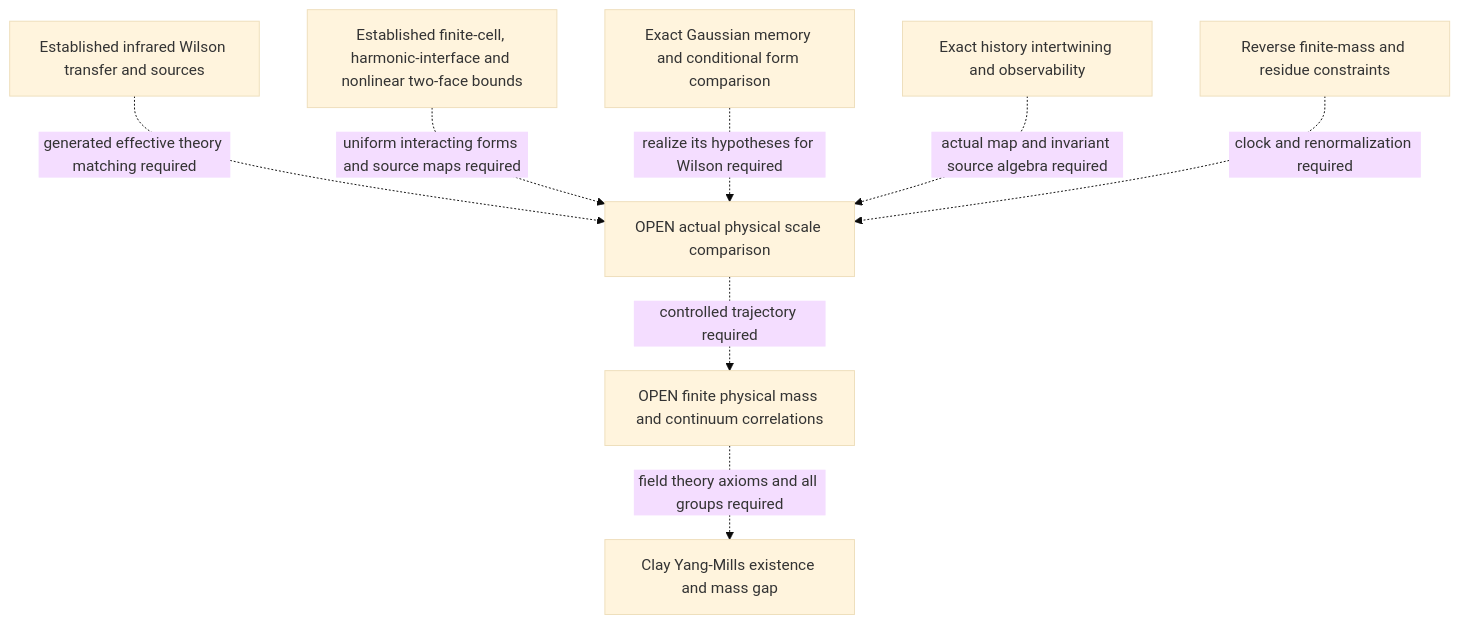
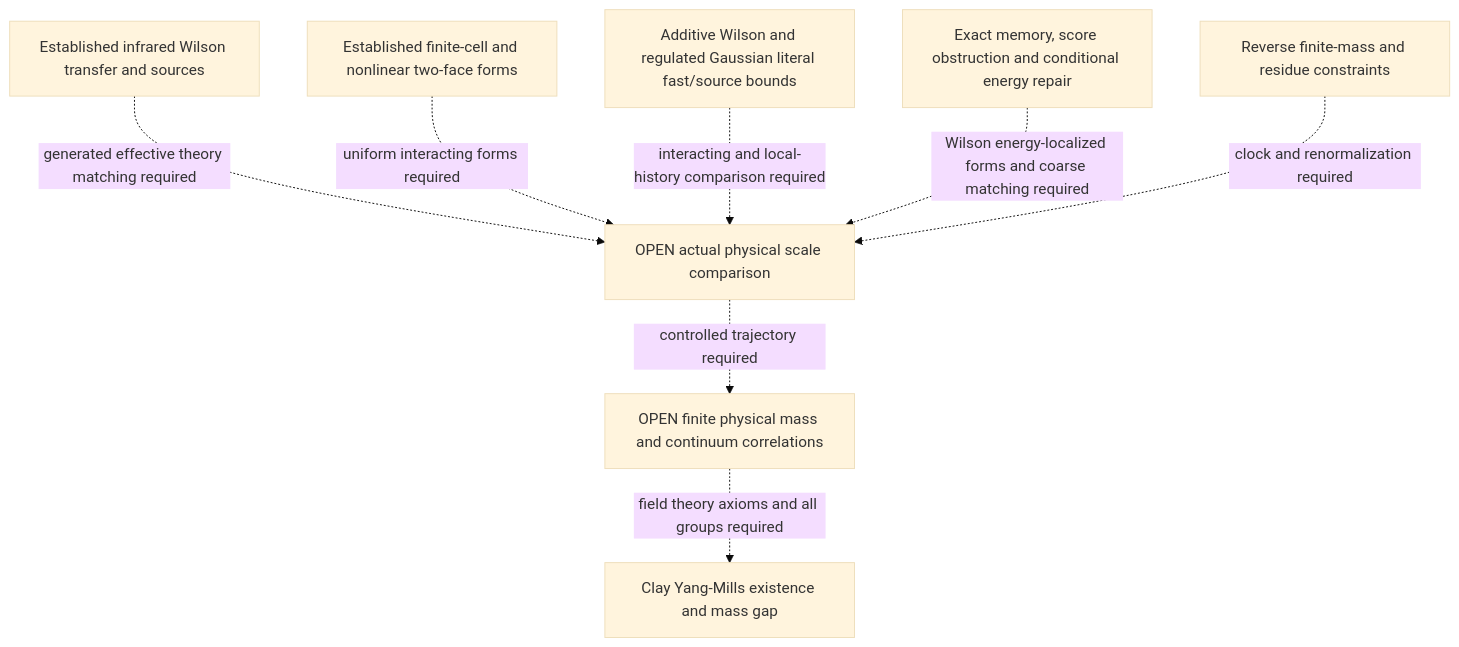
One commit to ats314/WORKHOUSE changed the diagram in docs/research_goal.md. Above: the diagram before and after it, drawn with Mermaid (base theme). The commit also changed other lines of this file and 125 other files, not shown here.

Commit message:
Prove literal quantum fast bounds and identify the true-ground score obstruction

````diff
--- a/docs/research_goal.md
+++ b/docs/research_goal.md
@@ -81,10 +97,10 @@
 ```mermaid
 flowchart TD
   IR[Established infrared Wilson transfer and sources] -. generated effective theory matching required .-> RG[OPEN actual physical scale comparison]
-  UV[Established finite-cell, harmonic-interface and nonlinear two-face bounds] -. uniform interacting forms and source maps required .-> RG
-  FM[Exact Gaussian memory and conditional form comparison] -. realize its hypotheses for Wilson required .-> RG
-  OS[Exact history intertwining and observability] -. actual map and invariant source algebra required .-> RG
+  UV[Established finite-cell and nonlinear two-face forms] -. uniform interacting forms required .-> RG
+  LS[Additive Wilson and regulated Gaussian literal fast/source bounds] -. interacting and local-history comparison required .-> RG
+  FM[Exact memory, score obstruction and conditional energy repair] -. Wilson energy-localized forms and coarse matching required .-> RG
   R[Reverse finite-mass and residue constraints] -. clock and renormalization required .-> RG
   RG -. controlled trajectory required .-> C[OPEN finite physical mass and continuum correlations]
   C -. field theory axioms and all groups required .-> YM[Clay Yang-Mills existence and mass gap]
 ```
````
